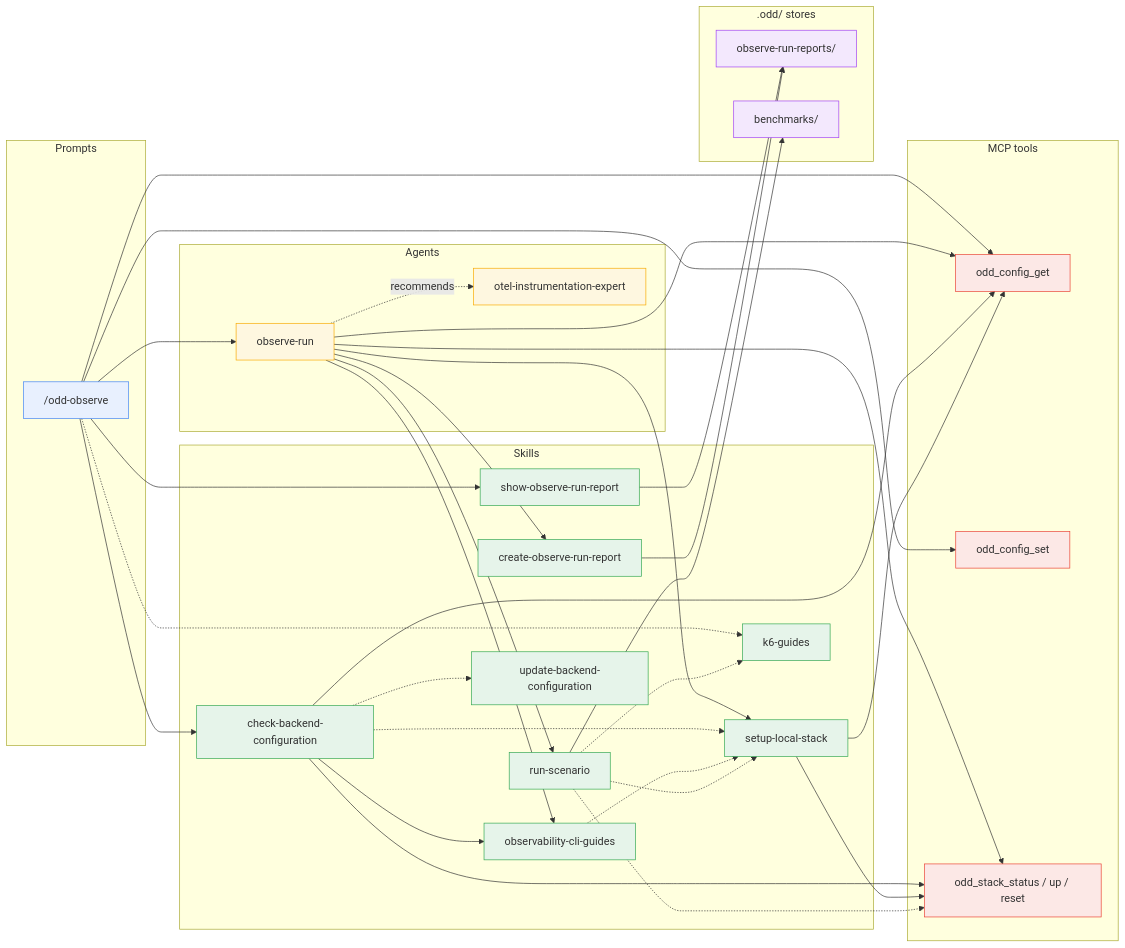
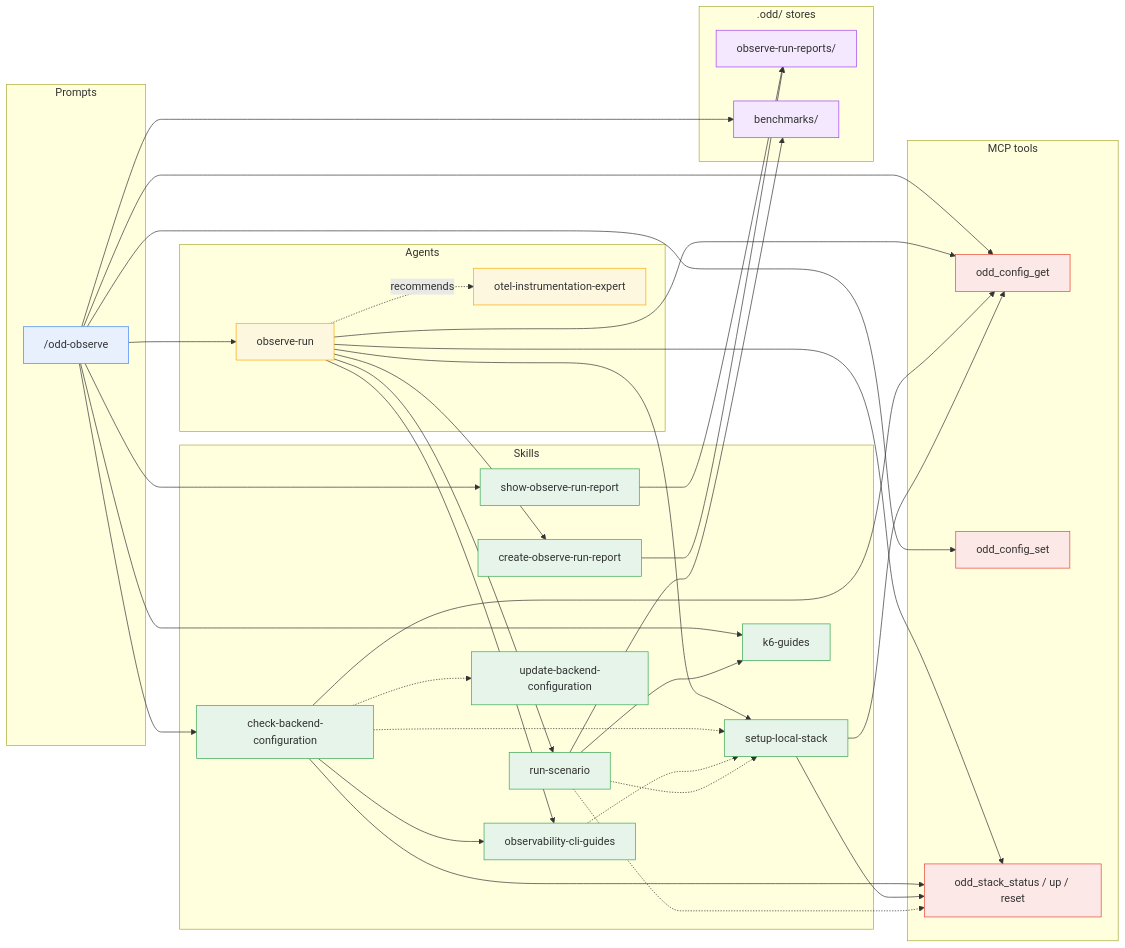
The third of 7 diagrams in docs/guide/dependencies.md (using-system/oddyssey), drawn with Mermaid before and after one commit. The commit also changed other lines of this file and 8 other files, not shown here.

````diff
--- a/docs/guide/dependencies.md
+++ b/docs/guide/dependencies.md
@@ -158,75 +158,76 @@
 ```mermaid
 flowchart LR
   subgraph Prompts
     observe["/odd-observe"]
   end
 
   subgraph Agents
     runner[observe-run]
     expert[otel-instrumentation-expert]
   end
 
   subgraph Skills
     cbc[check-backend-configuration]
     ocg[observability-cli-guides]
     sls[setup-local-stack]
     rs[run-scenario]
     kg[k6-guides]
     corr[create-observe-run-report]
     sorr[show-observe-run-report]
     ubc[update-backend-configuration]
   end
 
   subgraph MCP["MCP tools"]
     cfgget[odd_config_get]
     cfgset[odd_config_set]
     stack[odd_stack_status / up / reset]
   end
 
   subgraph Stores[".odd/ stores"]
     obsdir[observe-run-reports/]
     benchdir[benchmarks/]
   end
 
   observe --> runner
   observe --> cbc
   observe --> sorr
   observe --> cfgget
   observe --> cfgset
-  observe -.-> kg
+  observe --> kg
+  observe --> benchdir
   sorr --> obsdir
 
   runner --> ocg
   runner --> sls
   runner --> rs
   runner --> corr
   runner --> cfgget
   runner --> stack
   runner -. recommends .-> expert
 
   cbc -.-> sls
   cbc -.-> ubc
   cbc --> ocg
   cbc --> cfgget
   cbc --> stack
   ocg -.-> sls
   sls --> cfgget
   sls --> stack
   rs -.-> stack
   rs -.-> sls
-  rs -.-> kg
+  rs --> kg
   rs --> benchdir
 
   corr --> obsdir
 
   classDef prompt fill:#e8f0fe,stroke:#4285f4
   classDef agent fill:#fef7e0,stroke:#f9ab00
   classDef skill fill:#e6f4ea,stroke:#34a853
   classDef mcp fill:#fce8e6,stroke:#ea4335
   classDef store fill:#f3e8fd,stroke:#a142f4
   class observe prompt
   class runner,expert agent
   class cbc,ocg,sls,rs,kg,corr,sorr,ubc skill
   class cfgget,cfgset,stack mcp
   class obsdir,benchdir store
 ```
````
